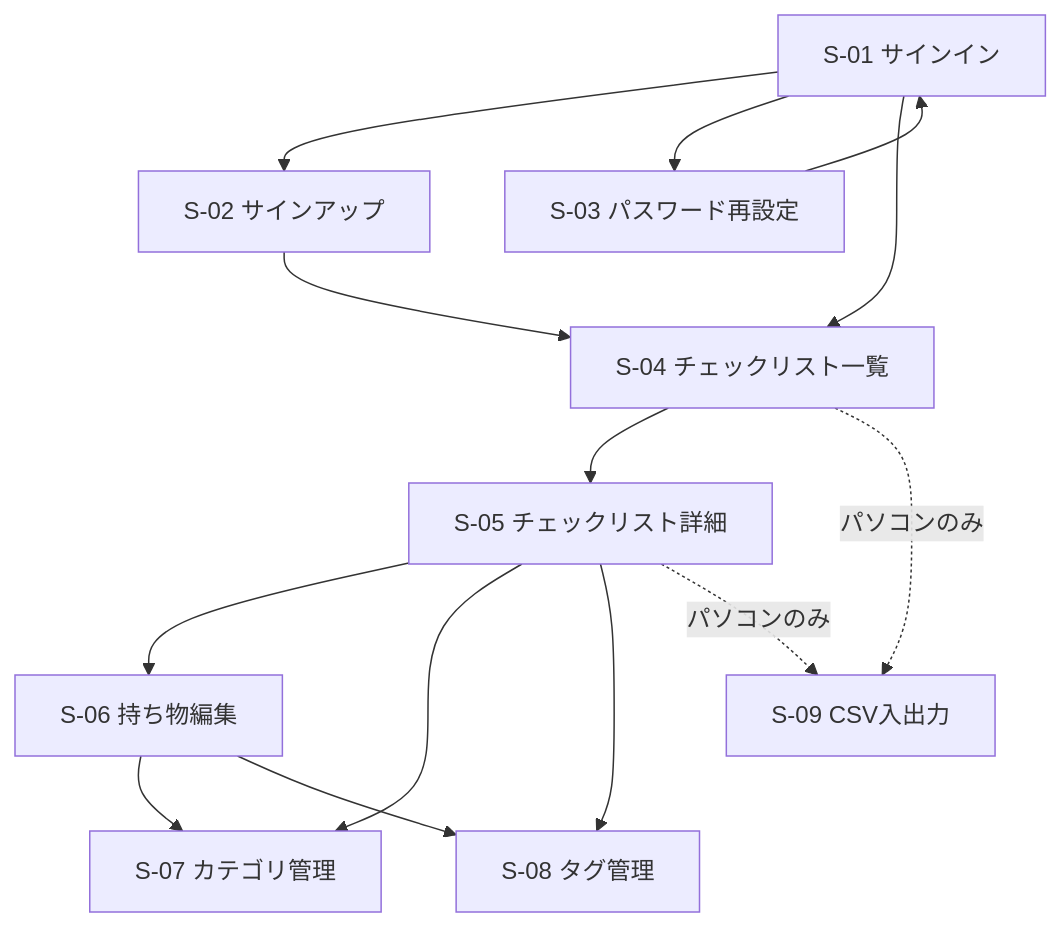
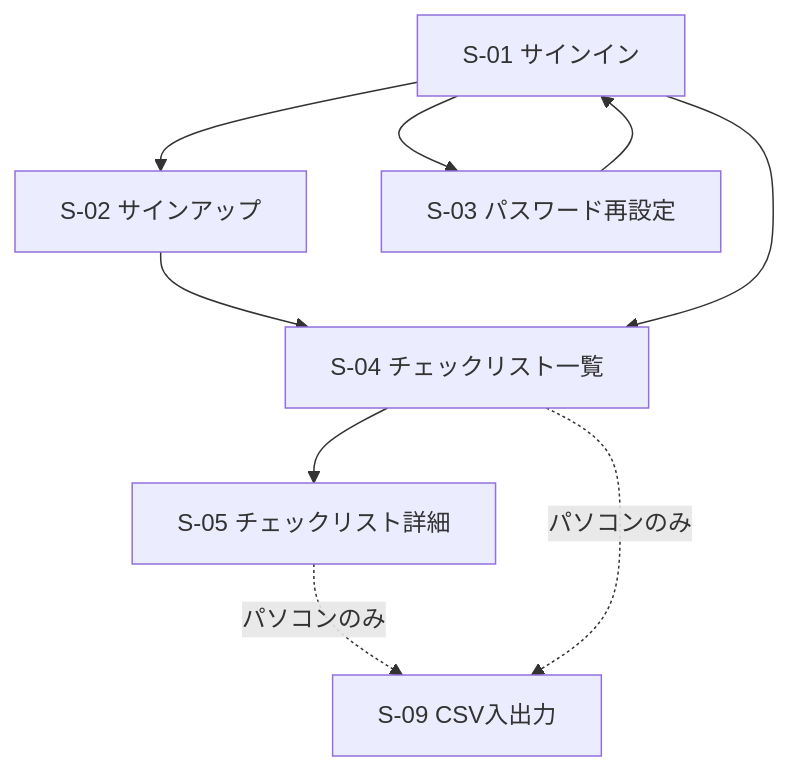
Before and after one commit to ogawaj/Amplify-G2-Checklist: the second of 3 diagrams in doc/persistent/functional-design.md, drawn with Mermaid. The commit also changed other lines of this file and 136 other files, not shown here.

````diff
--- a/doc/persistent/functional-design.md
+++ b/doc/persistent/functional-design.md
@@ -98,26 +95,18 @@
 ```mermaid
 flowchart TD
     S01["S-01 サインイン"]
     S02["S-02 サインアップ"]
     S03["S-03 パスワード再設定"]
     S04["S-04 チェックリスト一覧"]
     S05["S-05 チェックリスト詳細"]
-    S06["S-06 持ち物編集"]
-    S07["S-07 カテゴリ管理"]
-    S08["S-08 タグ管理"]
     S09["S-09 CSV入出力"]
 
     S01 --> S02
     S01 --> S03
     S02 --> S04
     S03 --> S01
     S01 --> S04
     S04 --> S05
-    S05 --> S06
-    S05 --> S07
-    S05 --> S08
     S05 -. パソコンのみ .-> S09
     S04 -. パソコンのみ .-> S09
-    S06 --> S07
-    S06 --> S08
 ```
````
